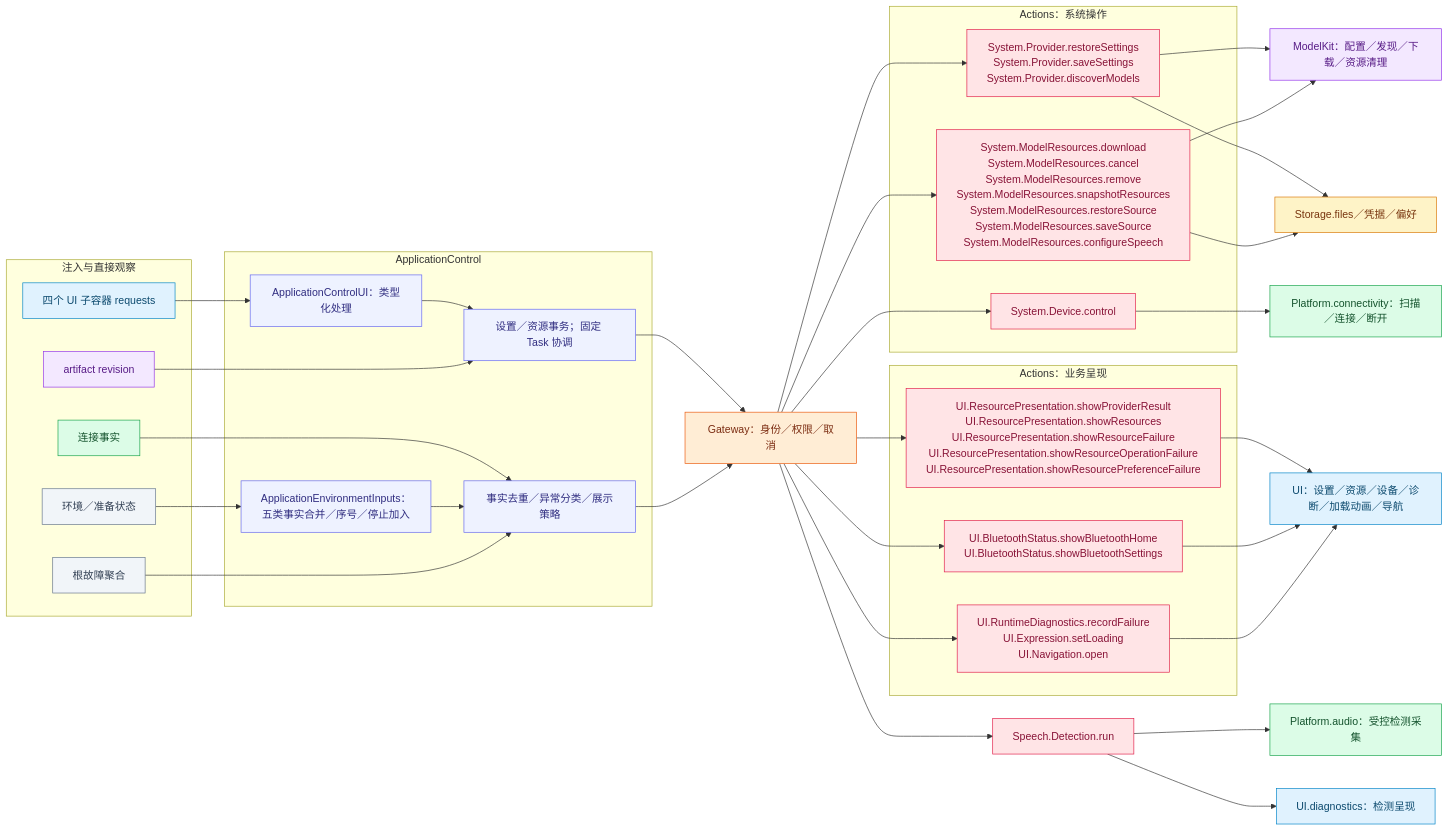
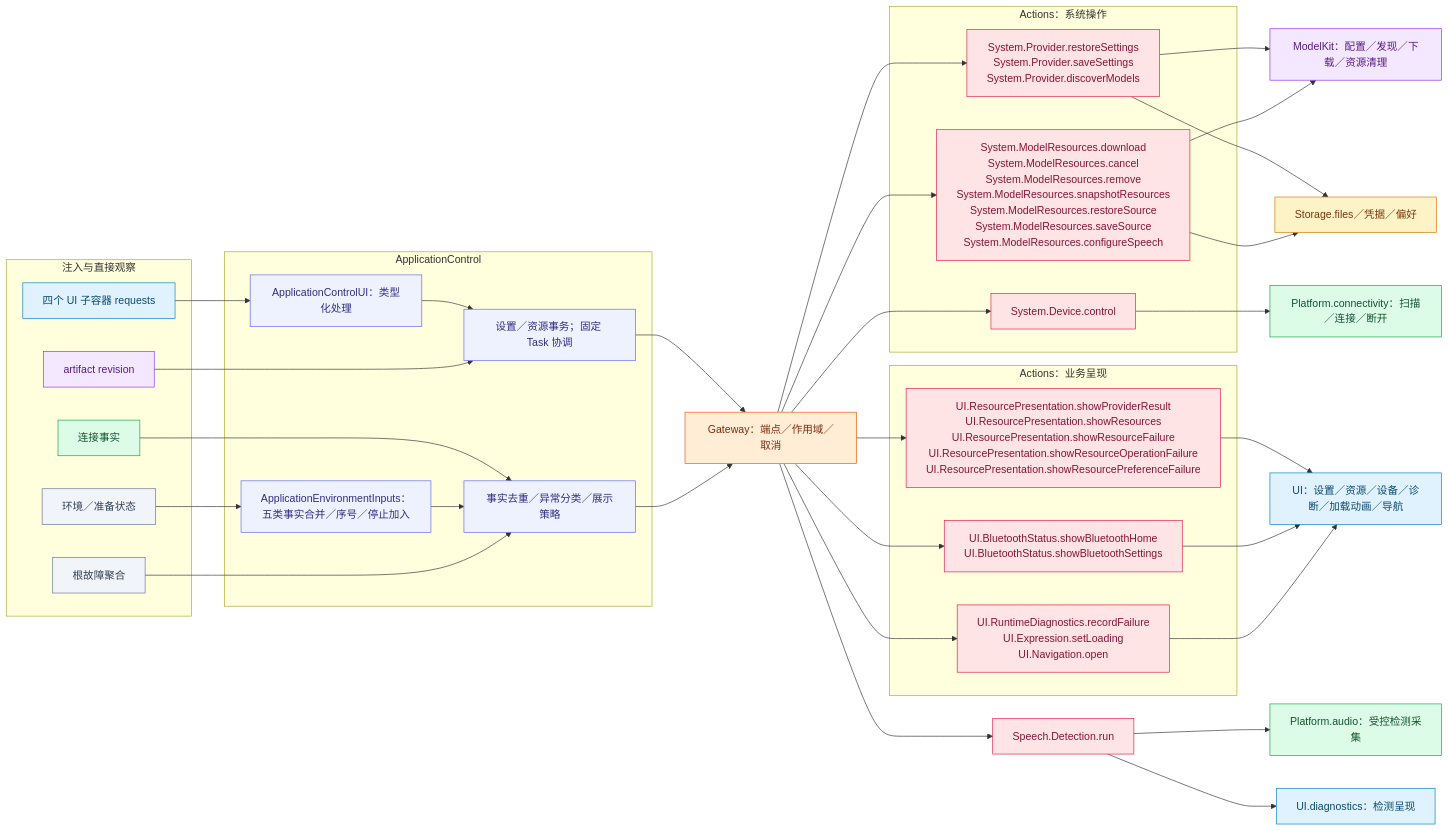
One commit to devilyouwei/MobileHarness changed the second of 2 diagrams in MobileHarness/Agents/ApplicationControl/README.md. Above: the diagram before and after it, drawn with Mermaid. The commit also changed other lines of this file and 352 other files, not shown here.

````diff
--- a/MobileHarness/Agents/ApplicationControl/README.md
+++ b/MobileHarness/Agents/ApplicationControl/README.md
@@ -74,58 +74,58 @@
 ```mermaid
 flowchart LR
  subgraph Inputs["注入与直接观察"]
  U["四个 UI 子容器 requests"]:::ui
  P["连接事实"]:::platform
  M["artifact revision"]:::model
  F["环境／准备状态"]:::host
  CF["根故障聚合"]:::host
  end
  subgraph Role["ApplicationControl"]
  H["ApplicationControlUI：类型化处理"]:::agent
  W["设置／资源事务；固定 Task 协调"]:::agent
  E["ApplicationEnvironmentInputs：五类事实合并／序号／停止加入"]:::agent
  D["事实去重／异常分类／展示策略"]:::agent
  end
  U --> H --> W
  P --> D
  M --> W
  F --> E --> D
  CF --> D
- W --> G["Gateway：身份／权限／取消"]:::gateway
+ W --> G["Gateway：端点／作用域／取消"]:::gateway
  D --> G
  subgraph SystemCalls["Actions：系统操作"]
  PRO["System.Provider.restoreSettings<br/>System.Provider.saveSettings<br/>System.Provider.discoverModels"]:::action
  RES["System.ModelResources.download<br/>System.ModelResources.cancel<br/>System.ModelResources.remove<br/>System.ModelResources.snapshotResources<br/>System.ModelResources.restoreSource<br/>System.ModelResources.saveSource<br/>System.ModelResources.configureSpeech"]:::action
  DEV["System.Device.control"]:::action
  end
  subgraph UICalls["Actions：业务呈现"]
  RP["UI.ResourcePresentation.showProviderResult<br/>UI.ResourcePresentation.showResources<br/>UI.ResourcePresentation.showResourceFailure<br/>UI.ResourcePresentation.showResourceOperationFailure<br/>UI.ResourcePresentation.showResourcePreferenceFailure"]:::action
  BP["UI.BluetoothStatus.showBluetoothHome<br/>UI.BluetoothStatus.showBluetoothSettings"]:::action
  DP["UI.RuntimeDiagnostics.recordFailure<br/>UI.Expression.setLoading<br/>UI.Navigation.open"]:::action
  end
  G --> PRO
  G --> RES
  G --> DEV
  G --> RP
  G --> BP
  G --> DP
  G --> DET["Speech.Detection.run"]:::action
  PRO --> MO
  RES --> MO["ModelKit：配置／发现／下载／资源清理"]:::model
  PRO --> ST
  RES --> ST["Storage.files／凭据／偏好"]:::storage
  DEV --> PL["Platform.connectivity：扫描／连接／断开"]:::platform
  RP --> UV
  BP --> UV
  DP --> UV["UI：设置／资源／设备／诊断／加载动画／导航"]:::ui
  DET --> AU["Platform.audio：受控检测采集"]:::platform
  DET --> DU["UI.diagnostics：检测呈现"]:::ui
  classDef ui fill:#e0f2fe,stroke:#0284c7,color:#0c4a6e
  classDef platform fill:#dcfce7,stroke:#16a34a,color:#14532d
  classDef model fill:#f3e8ff,stroke:#9333ea,color:#581c87
  classDef storage fill:#fef3c7,stroke:#d97706,color:#78350f
  classDef agent fill:#eef2ff,stroke:#6366f1,color:#312e81
  classDef gateway fill:#ffedd5,stroke:#ea580c,color:#7c2d12
  classDef action fill:#ffe4e6,stroke:#e11d48,color:#881337
  classDef host fill:#f1f5f9,stroke:#64748b,color:#334155
 ```
````
